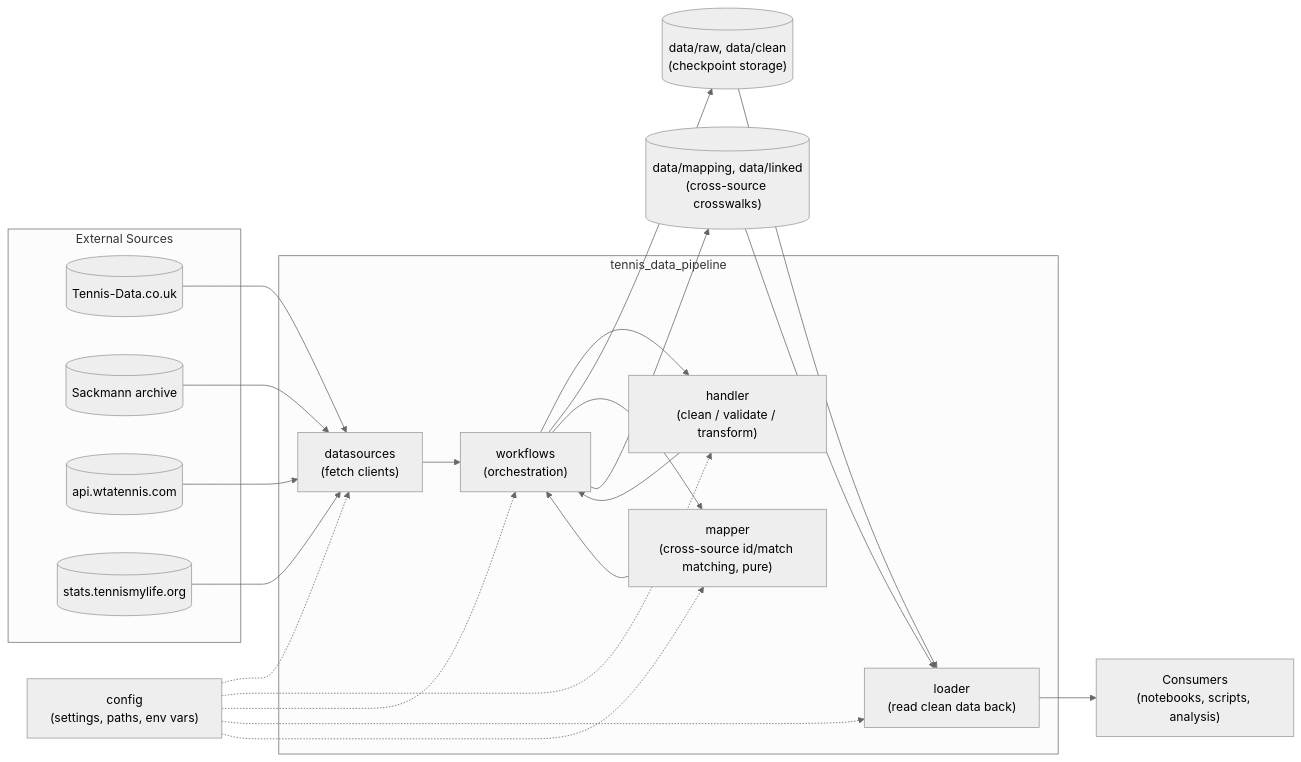
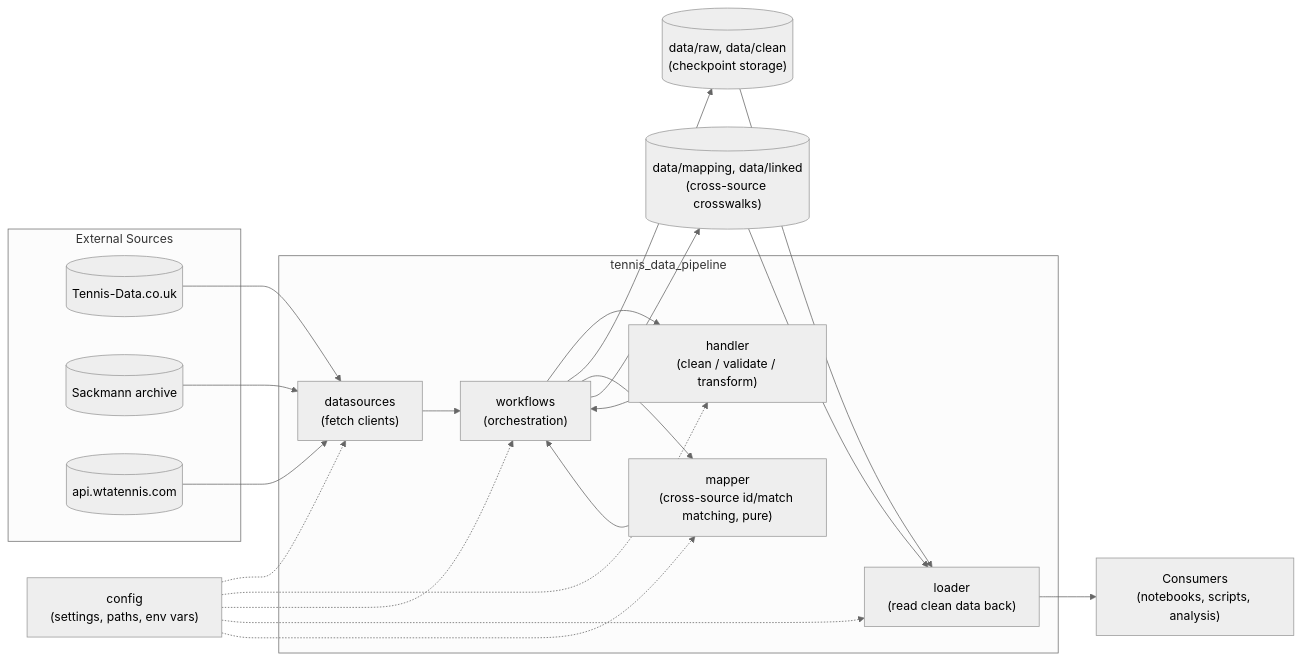
The first of 2 diagrams in docs/architecture/README.md (nick-benelli/Tennis-Data-Pipeline), drawn with Mermaid (neutral theme) before and after one commit. The commit also changed other lines of this file and 95 other files, not shown here.

````diff
--- a/docs/architecture/README.md
+++ b/docs/architecture/README.md
@@ -81,42 +81,40 @@
 ```mermaid
 flowchart LR
     subgraph External["External Sources"]
         S1[("Tennis-Data.co.uk")]
         S2[("Sackmann archive")]
         S3[("api.wtatennis.com")]
-        S4[("stats.tennismylife.org")]
     end
 
     subgraph Pipeline["tennis_data_pipeline"]
         DS["datasources\n(fetch clients)"]
         HD["handler\n(clean / validate / transform)"]
         WF["workflows\n(orchestration)"]
         LD["loader\n(read clean data back)"]
         MP["mapper\n(cross-source id/match matching, pure)"]
     end
 
     CFG["config\n(settings, paths, env vars)"]
     STORE[("data/raw, data/clean\n(checkpoint storage)")]
     MAPSTORE[("data/mapping, data/linked\n(cross-source crosswalks)")]
     Consumers["Consumers\n(notebooks, scripts, analysis)"]
 
     S1 --> DS
     S2 --> DS
     S3 --> DS
-    S4 --> DS
     DS --> WF
     WF --> HD
     HD --> WF
     WF --> STORE
     STORE --> LD
     LD --> Consumers
     WF --> MP
     MP --> WF
     WF --> MAPSTORE
     MAPSTORE --> LD
     CFG -.-> DS
     CFG -.-> HD
     CFG -.-> WF
     CFG -.-> LD
     CFG -.-> MP
 ```
````
